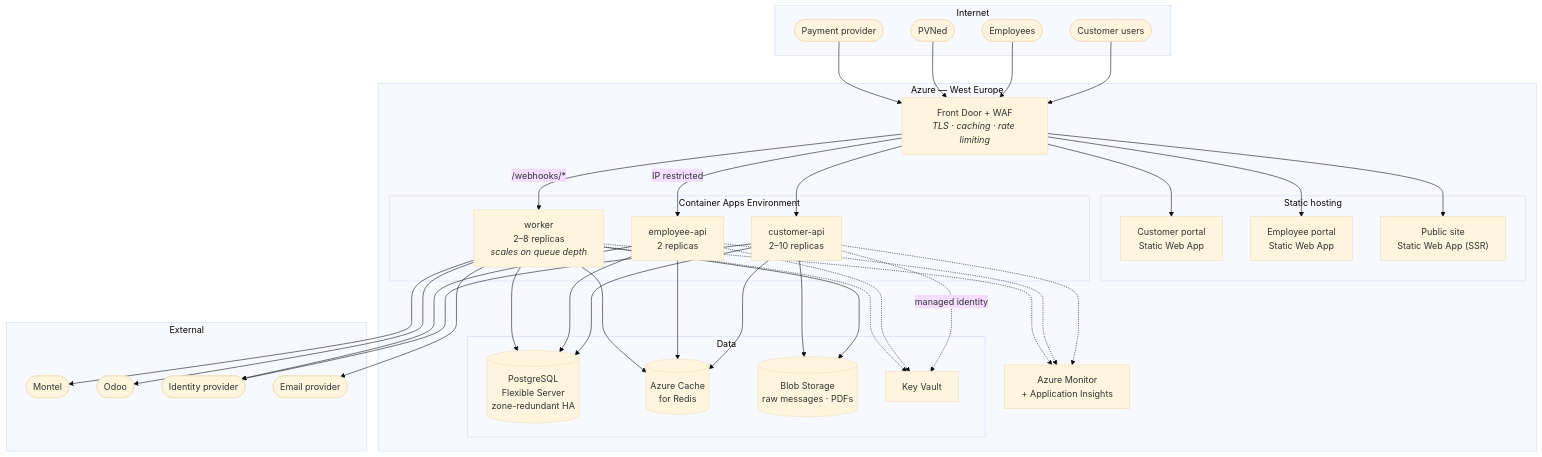
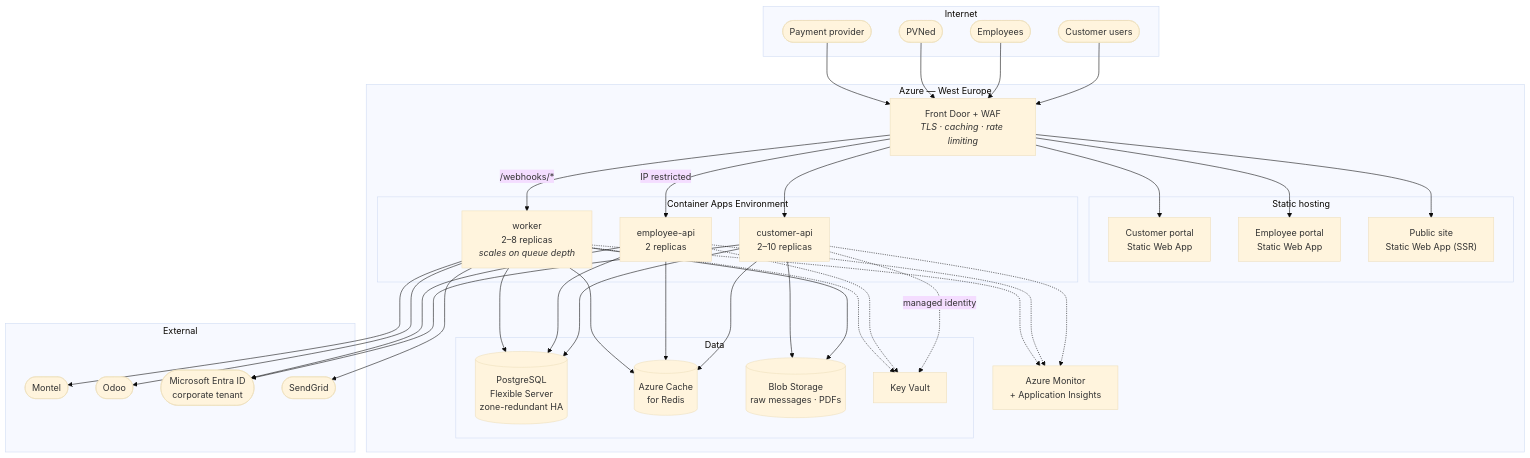
One commit to lukastosic-ifd/peakpowerspecs changed the first of 3 diagrams in specs/20-architecture/09-deployment.md. Above: the diagram before and after it, drawn with Mermaid (base theme). The commit also changed other lines of this file and 43 other files, not shown here.

````diff
--- a/specs/20-architecture/09-deployment.md
+++ b/specs/20-architecture/09-deployment.md
@@ -12,76 +31,76 @@
 ```mermaid
 flowchart TB
     subgraph internet["Internet"]
         USERS(["Customer users"])
         EMPUSERS(["Employees"])
         PVNED(["PVNed"])
         PSP(["Payment provider"])
     end
 
     subgraph azure["Azure — West Europe"]
         FD["Front Door + WAF<br/><i>TLS · caching · rate limiting</i>"]
 
         subgraph swa["Static hosting"]
             CSPA["Customer portal<br/>Static Web App"]
             ESPA["Employee portal<br/>Static Web App"]
             PSITE["Public site<br/>Static Web App (SSR)"]
         end
 
         subgraph aca["Container Apps Environment"]
             CAPI["customer-api<br/>2–10 replicas"]
             EAPI["employee-api<br/>2 replicas"]
             WORKER["worker<br/>2–8 replicas<br/><i>scales on queue depth</i>"]
         end
 
         subgraph data["Data"]
             PG[("PostgreSQL<br/>Flexible Server<br/>zone-redundant HA")]
             REDIS[("Azure Cache<br/>for Redis")]
             BLOB[("Blob Storage<br/>raw messages · PDFs")]
             KV["Key Vault"]
         end
 
         MON["Azure Monitor<br/>+ Application Insights"]
     end
 
     subgraph ext["External"]
         MONTEL(["Montel"])
         ODOO(["Odoo"])
-        IDP(["Identity provider"])
-        MAIL(["Email provider"])
+        IDP(["Microsoft Entra ID<br/>corporate tenant"])
+        MAIL(["SendGrid"])
     end
 
     USERS --> FD
     EMPUSERS --> FD
     PVNED --> FD
     PSP --> FD
 
     FD --> CSPA
     FD --> ESPA
     FD --> PSITE
     FD --> CAPI
     FD -->|"IP restricted"| EAPI
     FD -->|"/webhooks/*"| WORKER
 
     CAPI --> PG
     EAPI --> PG
     WORKER --> PG
     CAPI --> REDIS
     EAPI --> REDIS
     WORKER --> REDIS
     WORKER --> BLOB
     CAPI --> BLOB
 
     CAPI -.->|"managed identity"| KV
     EAPI -.-> KV
     WORKER -.-> KV
 
     WORKER --> MONTEL
     WORKER --> ODOO
     WORKER --> MAIL
     CAPI --> IDP
     EAPI --> IDP
 
     CAPI -.-> MON
     EAPI -.-> MON
     WORKER -.-> MON
 ```
````
